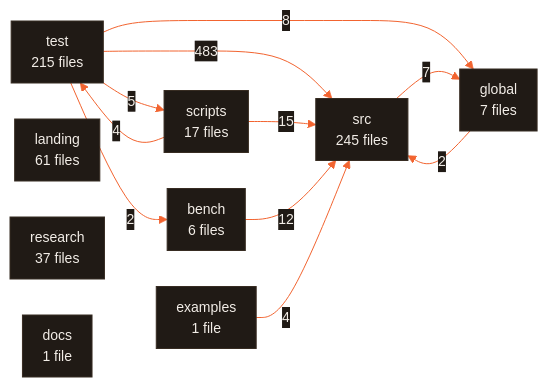
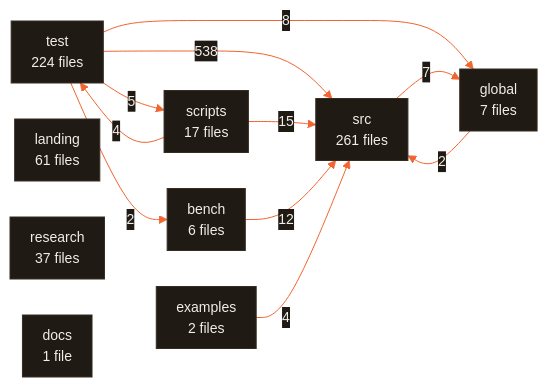
One commit to CodeWithJuber/forgekit changed the diagram in ARCHITECTURE.md. Above: the diagram before and after it, drawn with Mermaid. The commit also changed other lines of this file and 158 other files, not shown here.

````diff
--- a/ARCHITECTURE.md
+++ b/ARCHITECTURE.md
@@ -677,23 +677,23 @@
 ```mermaid
 %%{init: {'theme':'base','themeVariables':{'primaryColor':'#201a15','primaryTextColor':'#f2ede7','primaryBorderColor':'#372c22','lineColor':'#f26430','secondaryColor':'#272019','tertiaryColor':'#171310','edgeLabelBackground':'#201a15','clusterBkg':'#171310','clusterBorder':'#4a3b2e','fontFamily':'ui-sans-serif, system-ui, sans-serif','fontSize':'14px'},'flowchart':{'curve':'basis','padding':10,'nodeSpacing':36,'rankSpacing':44}}}%%
 flowchart LR
-  src["src<br/>245 files"]
-  test["test<br/>215 files"]
+  src["src<br/>261 files"]
+  test["test<br/>224 files"]
   landing["landing<br/>61 files"]
   research["research<br/>37 files"]
   scripts["scripts<br/>17 files"]
   global["global<br/>7 files"]
   bench["bench<br/>6 files"]
+  examples["examples<br/>2 files"]
   docs["docs<br/>1 file"]
-  examples["examples<br/>1 file"]
-  test -- 483 --> src
+  test -- 538 --> src
   scripts -- 15 --> src
   bench -- 12 --> src
   test -- 8 --> global
   src -- 7 --> global
   test -- 5 --> scripts
   examples -- 4 --> src
   scripts -- 4 --> test
   global -- 2 --> src
   test -- 2 --> bench
 ```
````
